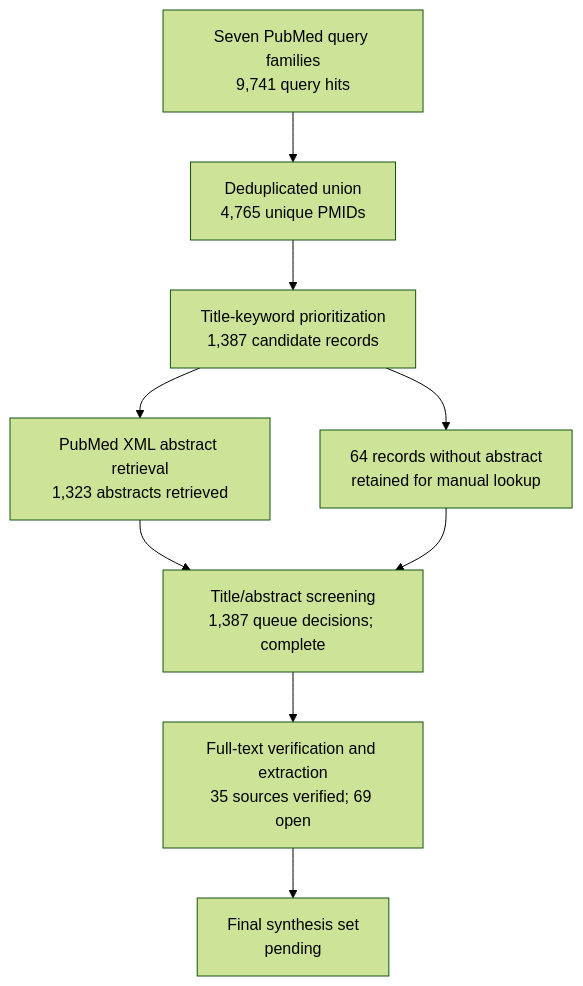
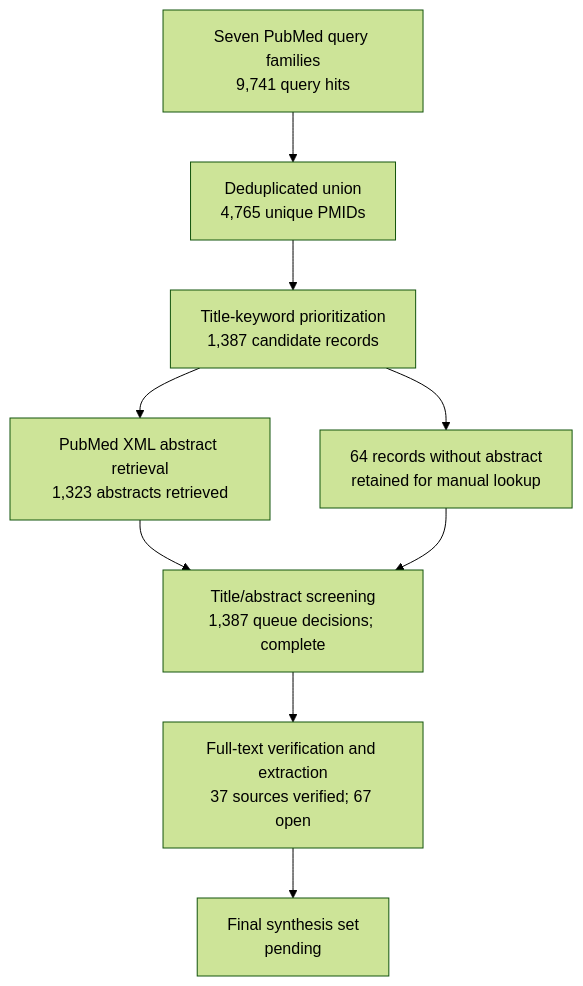
Before and after one commit to dcmcshan/artemisia: the diagram in manuscript/review-flow.md, drawn with Mermaid (forest theme). The commit also changed other lines of this file and 11 other files, not shown here.

````diff
--- a/manuscript/review-flow.md
+++ b/manuscript/review-flow.md
@@ -5,11 +5,11 @@
 ```mermaid
 flowchart TB
   Q[Seven PubMed query families<br/>9,741 query hits] --> U[Deduplicated union<br/>4,765 unique PMIDs]
   U --> T[Title-keyword prioritization<br/>1,387 candidate records]
   T --> A[PubMed XML abstract retrieval<br/>1,323 abstracts retrieved]
   T --> N[64 records without abstract<br/>retained for manual lookup]
   A --> M[Title/abstract screening<br/>1,387 queue decisions; complete]
   N --> M
-  M --> F[Full-text verification and extraction<br/>35 sources verified; 69 open]
+  M --> F[Full-text verification and extraction<br/>37 sources verified; 67 open]
   F --> S[Final synthesis set<br/>pending]
 ```
````
